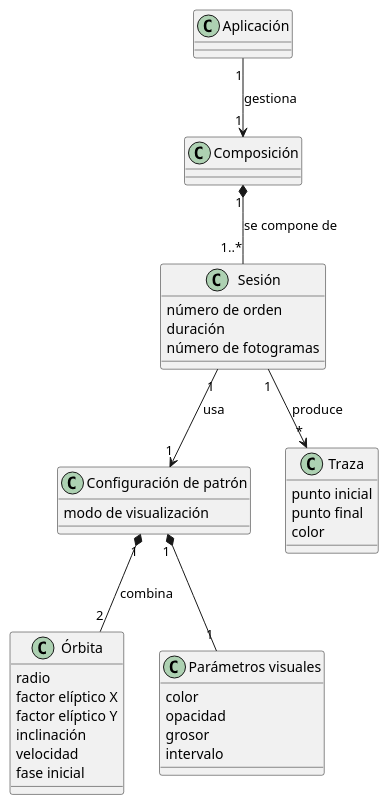
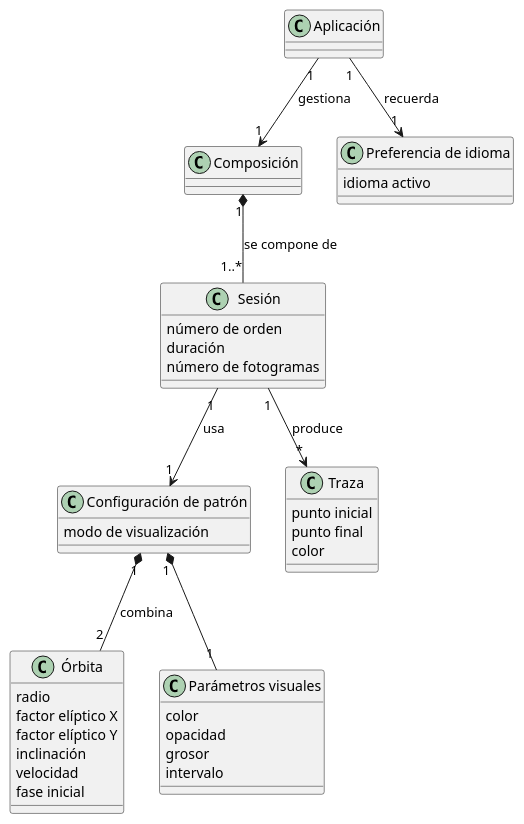
One commit to IgnacioMol/Epicycloid_generator changed the second of 7 diagrams in claude/memoria-cap4-analisis.md. Above: the diagram before and after it, drawn with PlantUML. The commit also changed other lines of this file and 7 other files, not shown here.

````diff
--- a/claude/memoria-cap4-analisis.md
+++ b/claude/memoria-cap4-analisis.md
@@ -361,42 +388,46 @@
 ```plantuml
 @startuml ClasesConceptual
 skinparam classAttributeIconSize 0
 
 class Aplicación
 class Composición
 class Sesión {
   número de orden
   duración
   número de fotogramas
 }
 class "Configuración de patrón" as Config {
   modo de visualización
 }
 class Órbita {
   radio
   factor elíptico X
   factor elíptico Y
   inclinación
   velocidad
   fase inicial
 }
 class "Parámetros visuales" as Visual {
   color
   opacidad
   grosor
   intervalo
 }
 class Traza {
   punto inicial
   punto final
   color
 }
+class "Preferencia de idioma" as Idioma {
+  idioma activo
+}
 
+Aplicación "1" --> "1" Idioma : recuerda
 Aplicación "1" --> "1" Composición : gestiona
 Composición "1" *-- "1..*" Sesión : se compone de
 Sesión "1" --> "1" Config : usa
 Sesión "1" --> "*" Traza : produce
 Config "1" *-- "2" Órbita : combina
 Config "1" *-- "1" Visual
 @enduml
 ```
````
